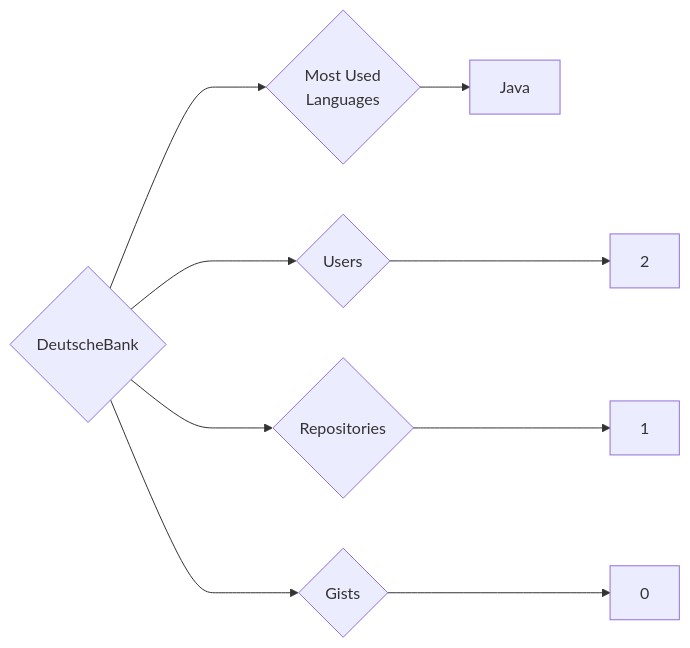
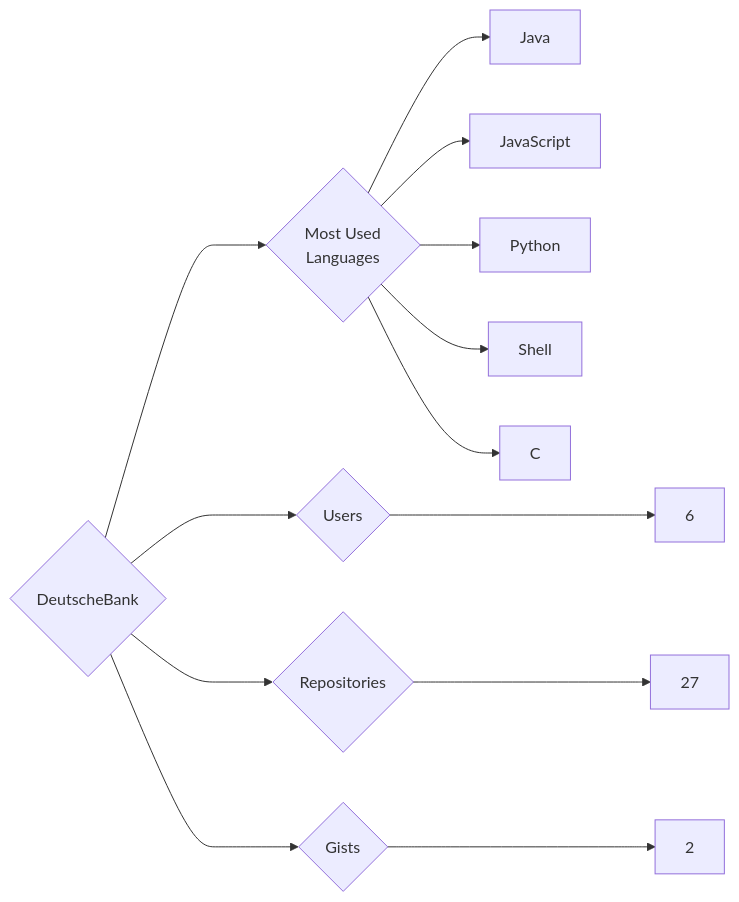
Before and after one commit to trickest/insiders: the diagram in targets/DeutscheBank/README.md, drawn with Mermaid. The commit also changed 1314 other files, not shown here.

````diff
--- a/targets/DeutscheBank/README.md
+++ b/targets/DeutscheBank/README.md
@@ -3,9 +3,13 @@
 ```mermaid
 graph LR
 COMPANY_NAME{DeutscheBank}
-COMPANY_NAME ---> U{Users} ---> UN[2]
-COMPANY_NAME ---> R{Repositories} ---> RN[1]
-COMPANY_NAME ---> G{Gists} ---> GN[0]
+COMPANY_NAME ---> U{Users} ---> UN[6]
+COMPANY_NAME ---> R{Repositories} ---> RN[27]
+COMPANY_NAME ---> G{Gists} ---> GN[2]
 COMPANY_NAME ---> ML{Most Used<br>Languages}
 ML --> Java[Java]
+ML --> JavaScript[JavaScript]
+ML --> Python[Python]
+ML --> Shell[Shell]
+ML --> C[C]
 ```
````
